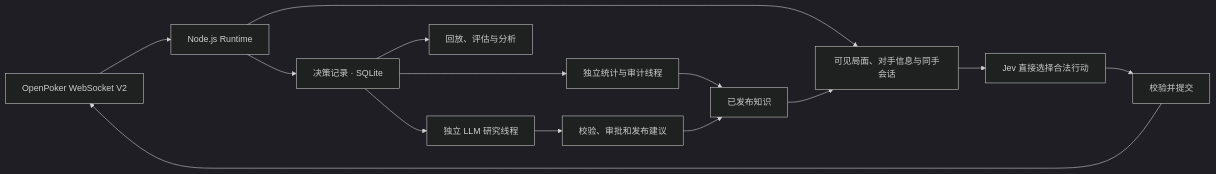
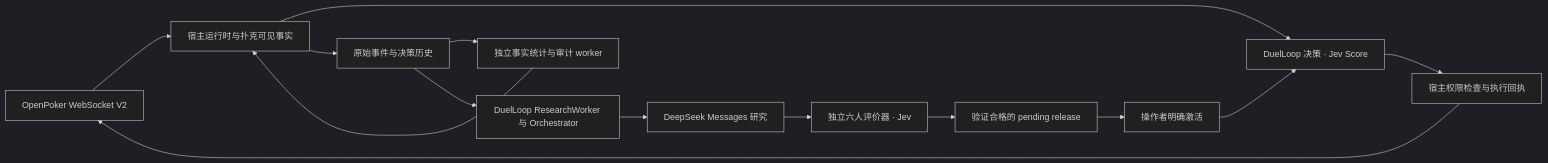
Before and after one commit to hewenyu/jev-card-agent: the diagram in README.zh-CN.md, drawn with Mermaid (dark theme). The commit also changed other lines of this file and 128 other files, not shown here.

Commit message:
refactor: move live poker and asynchronous research to DuelLoop

````diff
--- a/README.zh-CN.md
+++ b/README.zh-CN.md
@@ -37,16 +29,16 @@
 ```mermaid
 flowchart LR
-  O[OpenPoker WebSocket V2] --> R[Node.js Runtime]
-  R --> C[可见局面、对手信息与同手会话]
-  C --> J[Jev 直接选择合法行动]
-  J --> V[校验并提交]
-  V --> O
-  R --> T[决策记录 · SQLite]
-  T --> E[回放、评估与分析]
-  T --> S[独立统计与审计线程]
-  S --> K[已发布知识]
-  T --> L[独立 LLM 研究线程]
-  L --> P[校验、审批和发布建议]
-  P --> K
-  K --> C
+  O[OpenPoker WebSocket V2] --> H[宿主运行时与扑克可见事实]
+  H --> D[DuelLoop 决策 · Jev Score]
+  D --> X[宿主权限检查与执行回执]
+  X --> O
+  H --> R[原始事件与决策历史]
+  R --> F[独立事实统计与审计 worker]
+  F --> H
+  R --> S[DuelLoop ResearchWorker 与 Orchestrator]
+  S --> L[DeepSeek Messages 研究]
+  L --> E[独立六人评价器 · Jev]
+  E --> P[验证合格的 pending release]
+  P --> A[操作者明确激活]
+  A --> D
 ```
````
